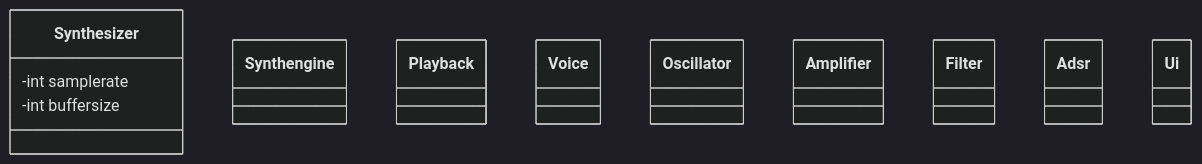
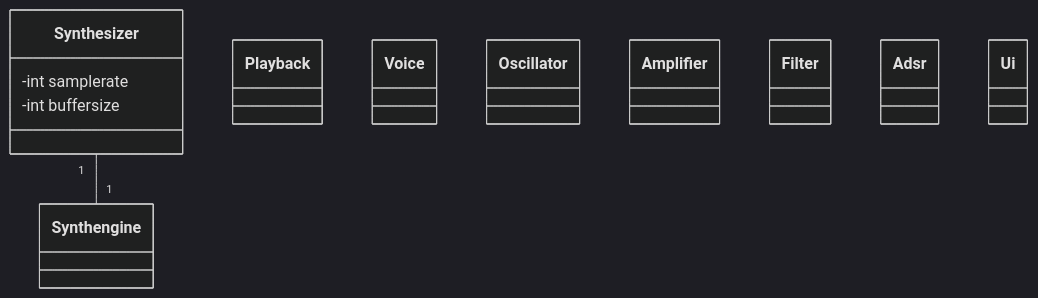
Before and after one commit to rudolf-heiskanen/ot-harjoitustyo: the diagram in dokumentaatio/luokkakaavio.md, drawn with Mermaid (dark theme).

````diff
--- a/dokumentaatio/luokkakaavio.md
+++ b/dokumentaatio/luokkakaavio.md
@@ -2,15 +2,17 @@
 ```mermaid
 classDiagram
     class Synthesizer{
         -int samplerate
 	-int buffersize
     }
     class Synthengine
     class Playback
     class Voice
     class Oscillator
     class Amplifier
     class Filter
     class Adsr
     class Ui
+
+    Synthesizer "1" -- "1" Synthengine
 ```
````
